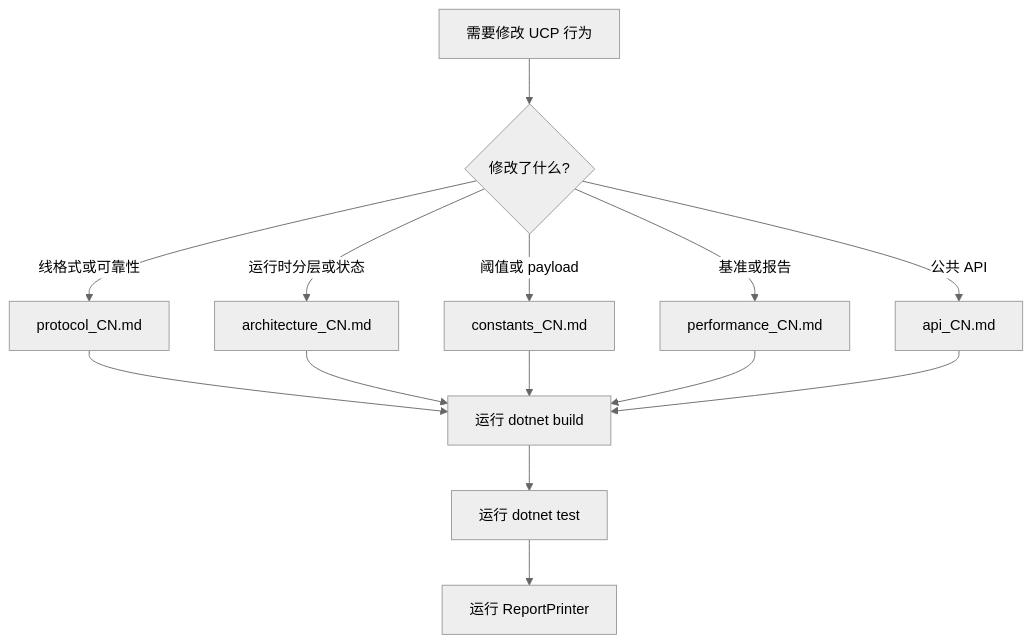
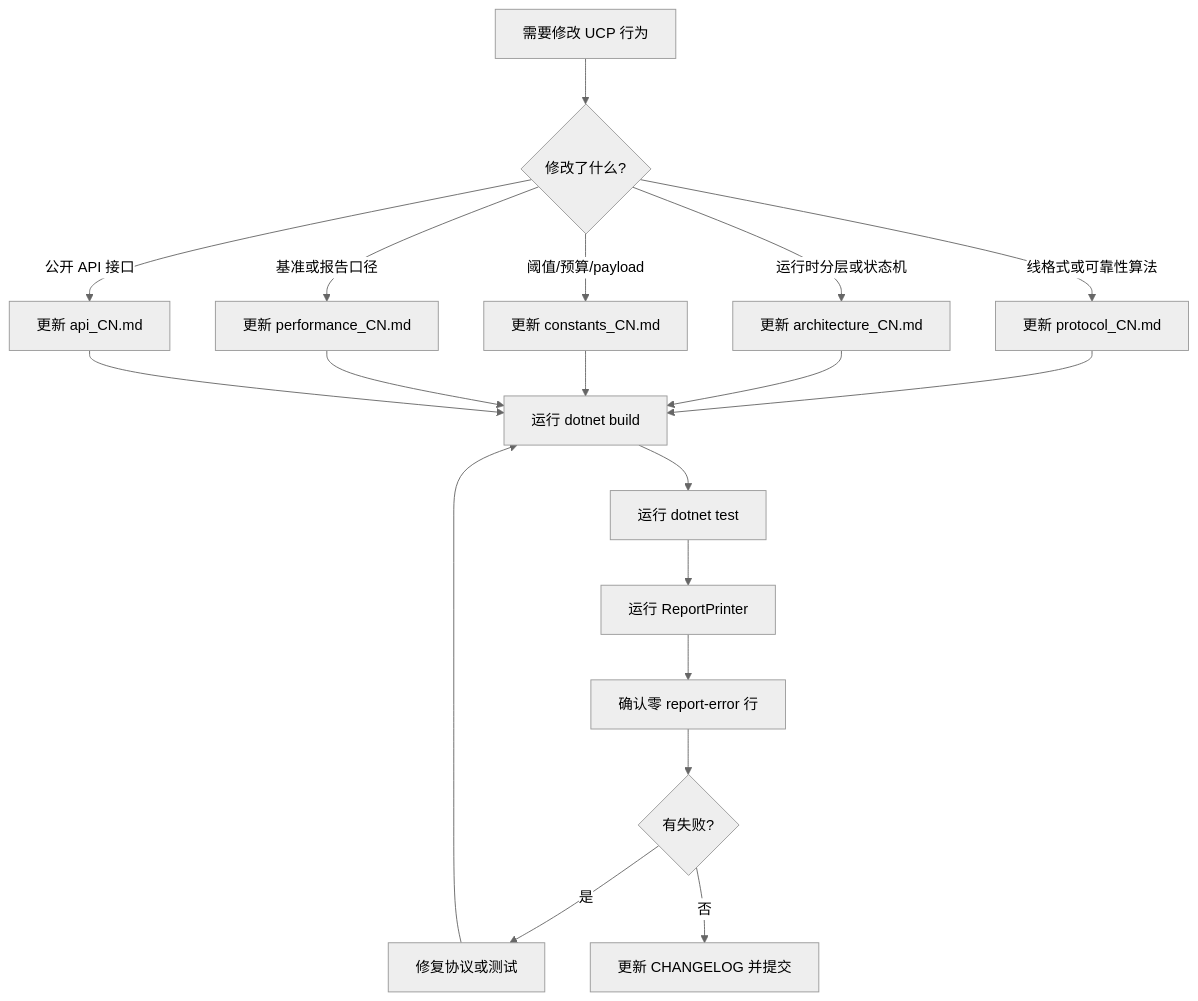
Before and after one commit to liulilittle/ucp: the third of 3 diagrams in docs/index_CN.md, drawn with Mermaid (neutral theme). The commit also changed other lines of this file and 17 other files, not shown here.

````diff
--- a/docs/index_CN.md
+++ b/docs/index_CN.md
@@ -29,16 +199,21 @@
 ```mermaid
 flowchart TD
     A[需要修改 UCP 行为] --> B{修改了什么?}
-    B -->|线格式或可靠性| C[protocol_CN.md]
-    B -->|运行时分层或状态| D[architecture_CN.md]
-    B -->|阈值或 payload| E[constants_CN.md]
-    B -->|基准或报告| F[performance_CN.md]
-    B -->|公共 API| G[api_CN.md]
+    B -->|线格式或可靠性算法| C[更新 protocol_CN.md]
+    B -->|运行时分层或状态机| D[更新 architecture_CN.md]
+    B -->|阈值/预算/payload| E[更新 constants_CN.md]
+    B -->|基准或报告口径| F[更新 performance_CN.md]
+    B -->|公开 API 接口| G[更新 api_CN.md]
     C --> H[运行 dotnet build]
     D --> H
     E --> H
     F --> H
     G --> H
     H --> I[运行 dotnet test]
     I --> J[运行 ReportPrinter]
+    J --> K[确认零 report-error 行]
+    K --> L{有失败?}
+    L -->|是| M[修复协议或测试]
+    L -->|否| N[更新 CHANGELOG 并提交]
+    M --> H
 ```
````
